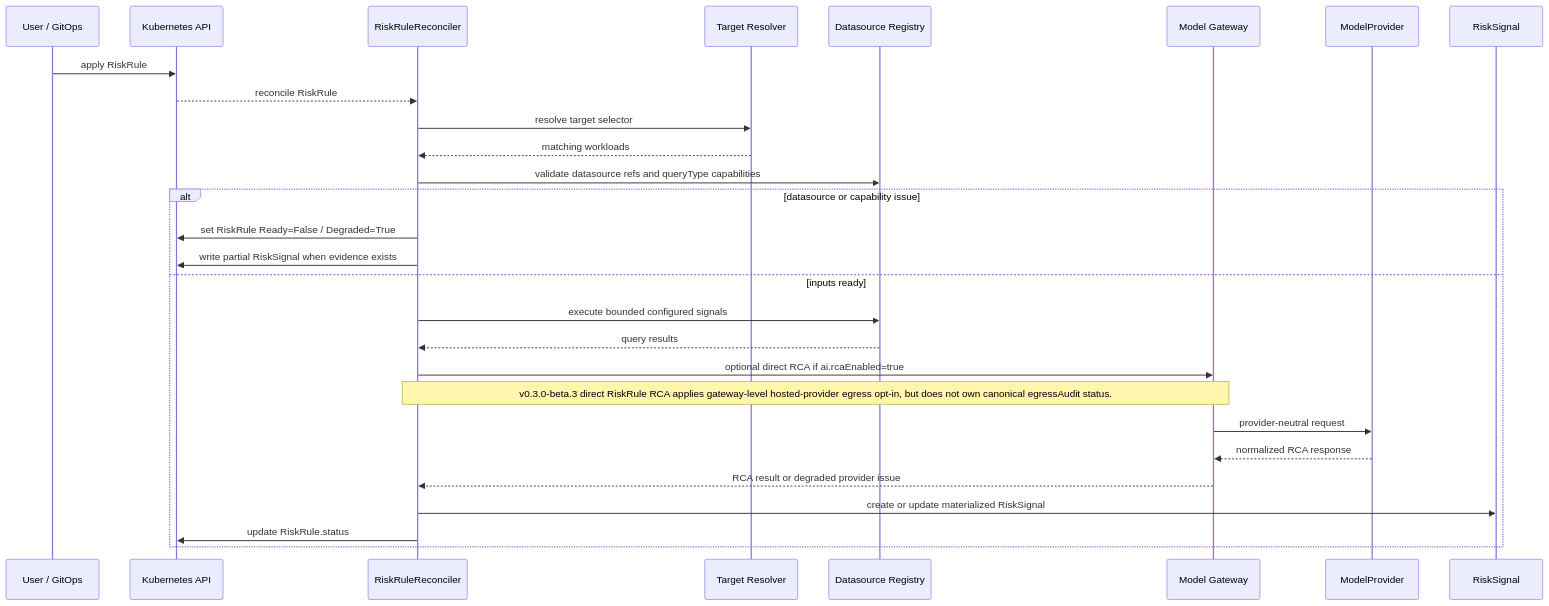
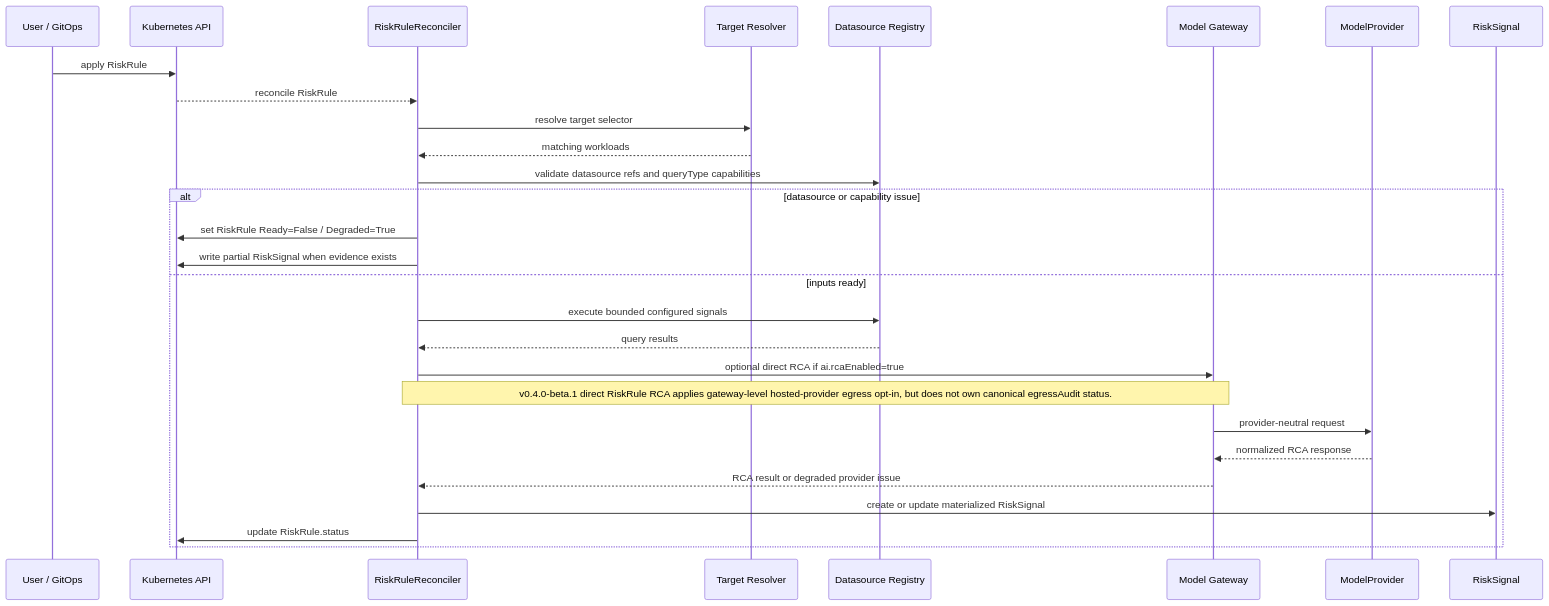
Before and after one commit to FluxSeer/fluxseer-rca: the sixth of 18 diagrams in docs/architecture/mermaid-diagrams.md, drawn with Mermaid. The commit also changed other lines of this file and 35 other files, not shown here.

````diff
--- a/docs/architecture/mermaid-diagrams.md
+++ b/docs/architecture/mermaid-diagrams.md
@@ -427,31 +427,31 @@
 ```mermaid
 sequenceDiagram
     participant User as User / GitOps
     participant API as Kubernetes API
     participant RR as RiskRuleReconciler
     participant Resolver as Target Resolver
     participant DS as Datasource Registry
     participant GW as Model Gateway
     participant MP as ModelProvider
     participant RS as RiskSignal
 
     User->>API: apply RiskRule
     API-->>RR: reconcile RiskRule
     RR->>Resolver: resolve target selector
     Resolver-->>RR: matching workloads
     RR->>DS: validate datasource refs and queryType capabilities
     alt datasource or capability issue
         RR->>API: set RiskRule Ready=False / Degraded=True
         RR->>API: write partial RiskSignal when evidence exists
     else inputs ready
         RR->>DS: execute bounded configured signals
         DS-->>RR: query results
         RR->>GW: optional direct RCA if ai.rcaEnabled=true
-        Note over RR,GW: v0.3.0-beta.3 direct RiskRule RCA applies gateway-level hosted-provider egress opt-in, but does not own canonical egressAudit status.
+        Note over RR,GW: v0.4.0-beta.1 direct RiskRule RCA applies gateway-level hosted-provider egress opt-in, but does not own canonical egressAudit status.
         GW->>MP: provider-neutral request
         MP-->>GW: normalized RCA response
         GW-->>RR: RCA result or degraded provider issue
         RR->>RS: create or update materialized RiskSignal
         RR->>API: update RiskRule.status
     end
 ```
````
